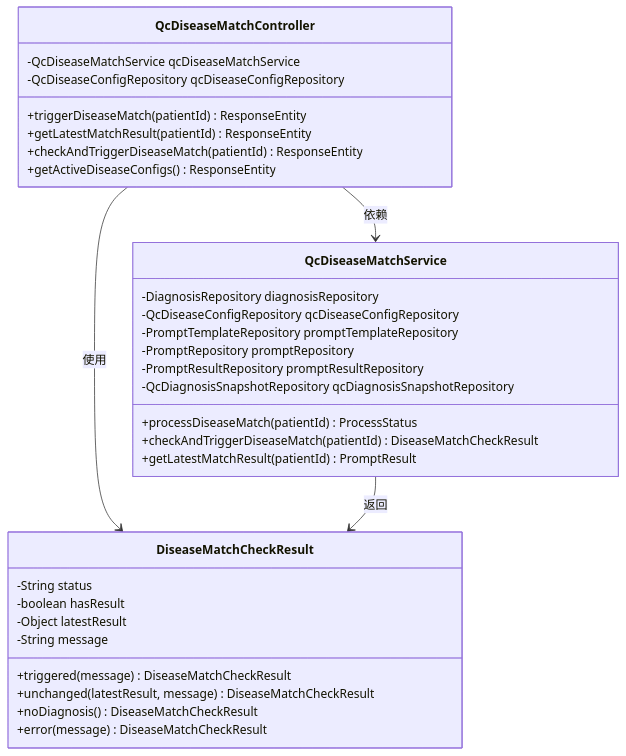
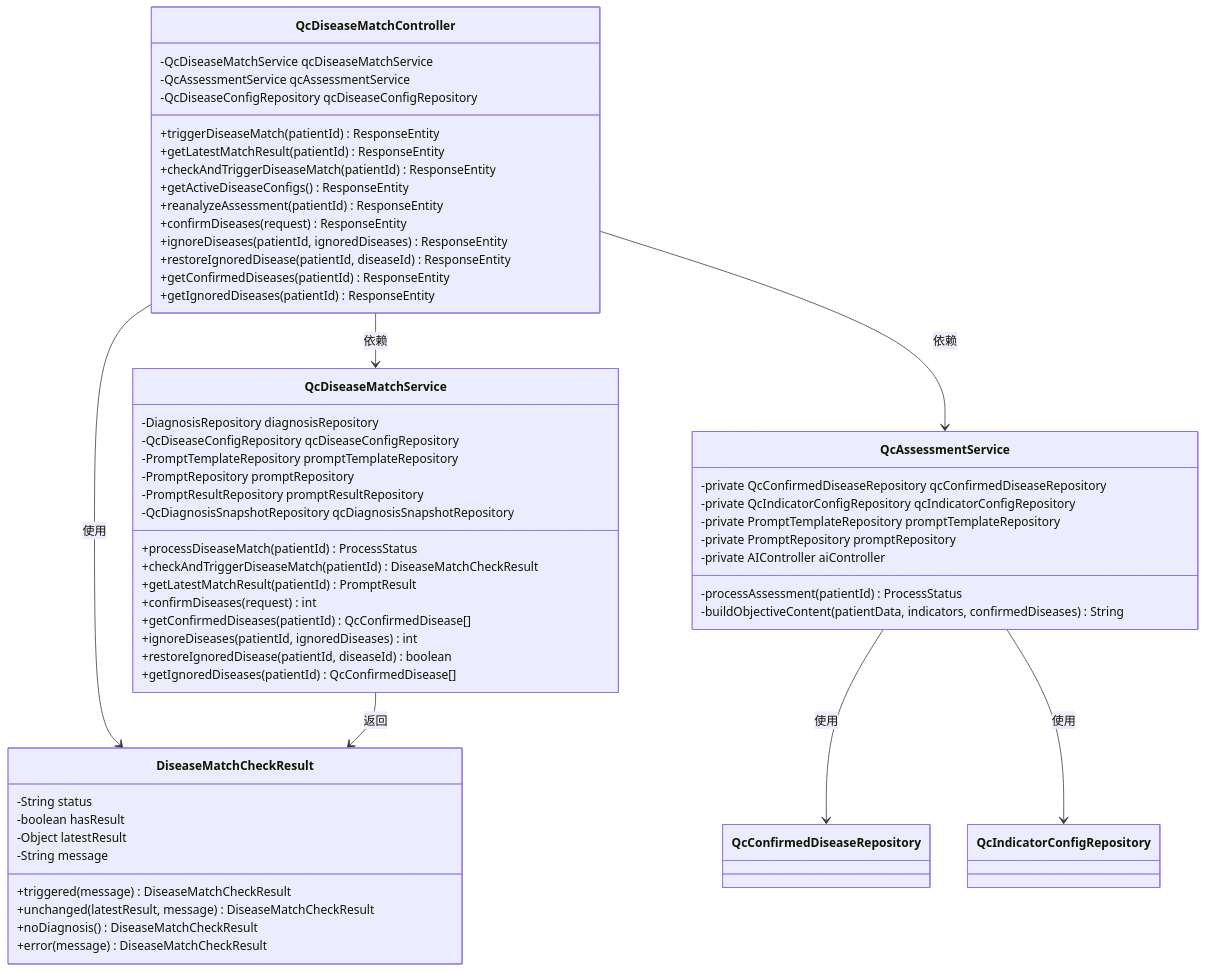
One commit to liuzh2008/med_ai_assistant_workspace changed the second of 10 diagrams in .qoder/repowiki/zh/content/QC病种匹配系统.md. Above: the diagram before and after it, drawn with Mermaid. The commit also changed other lines of this file and 4 other files, not shown here.

````diff
--- a/.qoder/repowiki/zh/content/QC病种匹配系统.md
+++ b/.qoder/repowiki/zh/content/QC病种匹配系统.md
@@ -99,35 +134,59 @@
 ```mermaid
 classDiagram
 class QcDiseaseMatchController {
 -QcDiseaseMatchService qcDiseaseMatchService
+-QcAssessmentService qcAssessmentService
 -QcDiseaseConfigRepository qcDiseaseConfigRepository
 +triggerDiseaseMatch(patientId) ResponseEntity
 +getLatestMatchResult(patientId) ResponseEntity
 +checkAndTriggerDiseaseMatch(patientId) ResponseEntity
 +getActiveDiseaseConfigs() ResponseEntity
++reanalyzeAssessment(patientId) ResponseEntity
++confirmDiseases(request) ResponseEntity
++ignoreDiseases(patientId, ignoredDiseases) ResponseEntity
++restoreIgnoredDisease(patientId, diseaseId) ResponseEntity
++getConfirmedDiseases(patientId) ResponseEntity
++getIgnoredDiseases(patientId) ResponseEntity
+}
+class QcAssessmentService {
+-private QcConfirmedDiseaseRepository qcConfirmedDiseaseRepository
+-private QcIndicatorConfigRepository qcIndicatorConfigRepository
+-private PromptTemplateRepository promptTemplateRepository
+-private PromptRepository promptRepository
+-private AIController aiController
+-processAssessment(patientId) ProcessStatus
+-buildObjectiveContent(patientData, indicators, confirmedDiseases) String
 }
 class QcDiseaseMatchService {
 -DiagnosisRepository diagnosisRepository
 -QcDiseaseConfigRepository qcDiseaseConfigRepository
 -PromptTemplateRepository promptTemplateRepository
 -PromptRepository promptRepository
 -PromptResultRepository promptResultRepository
 -QcDiagnosisSnapshotRepository qcDiagnosisSnapshotRepository
 +processDiseaseMatch(patientId) ProcessStatus
 +checkAndTriggerDiseaseMatch(patientId) DiseaseMatchCheckResult
 +getLatestMatchResult(patientId) PromptResult
++confirmDiseases(request) int
++getConfirmedDiseases(patientId) QcConfirmedDisease[]
++ignoreDiseases(patientId, ignoredDiseases) int
++restoreIgnoredDisease(patientId, diseaseId) boolean
++getIgnoredDiseases(patientId) QcConfirmedDisease[]
 }
 class DiseaseMatchCheckResult {
 -String status
 -boolean hasResult
 -Object latestResult
 -String message
 +triggered(message) DiseaseMatchCheckResult
 +unchanged(latestResult, message) DiseaseMatchCheckResult
 +noDiagnosis() DiseaseMatchCheckResult
 +error(message) DiseaseMatchCheckResult
 }
 QcDiseaseMatchController --> QcDiseaseMatchService : 依赖
+QcDiseaseMatchController --> QcAssessmentService : 依赖
 QcDiseaseMatchController --> DiseaseMatchCheckResult : 使用
 QcDiseaseMatchService --> DiseaseMatchCheckResult : 返回
+QcAssessmentService --> QcConfirmedDiseaseRepository : 使用
+QcAssessmentService --> QcIndicatorConfigRepository : 使用
 ```
````
